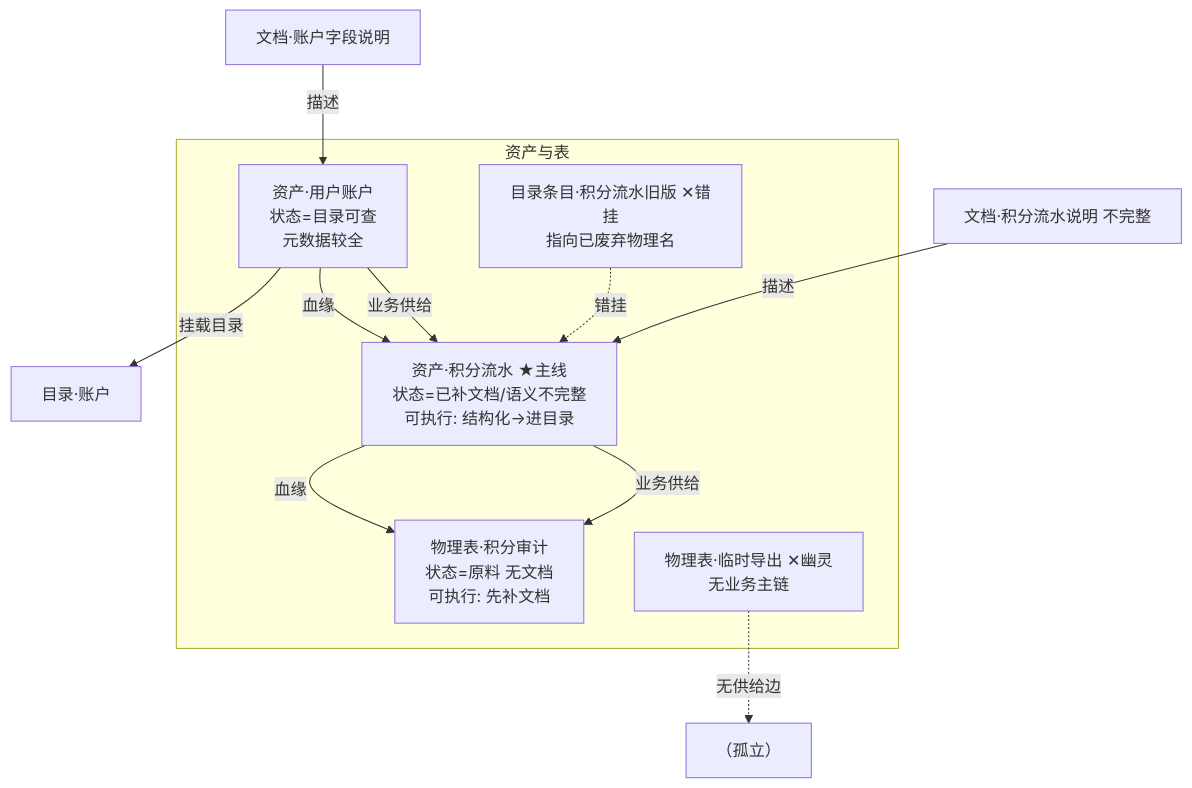
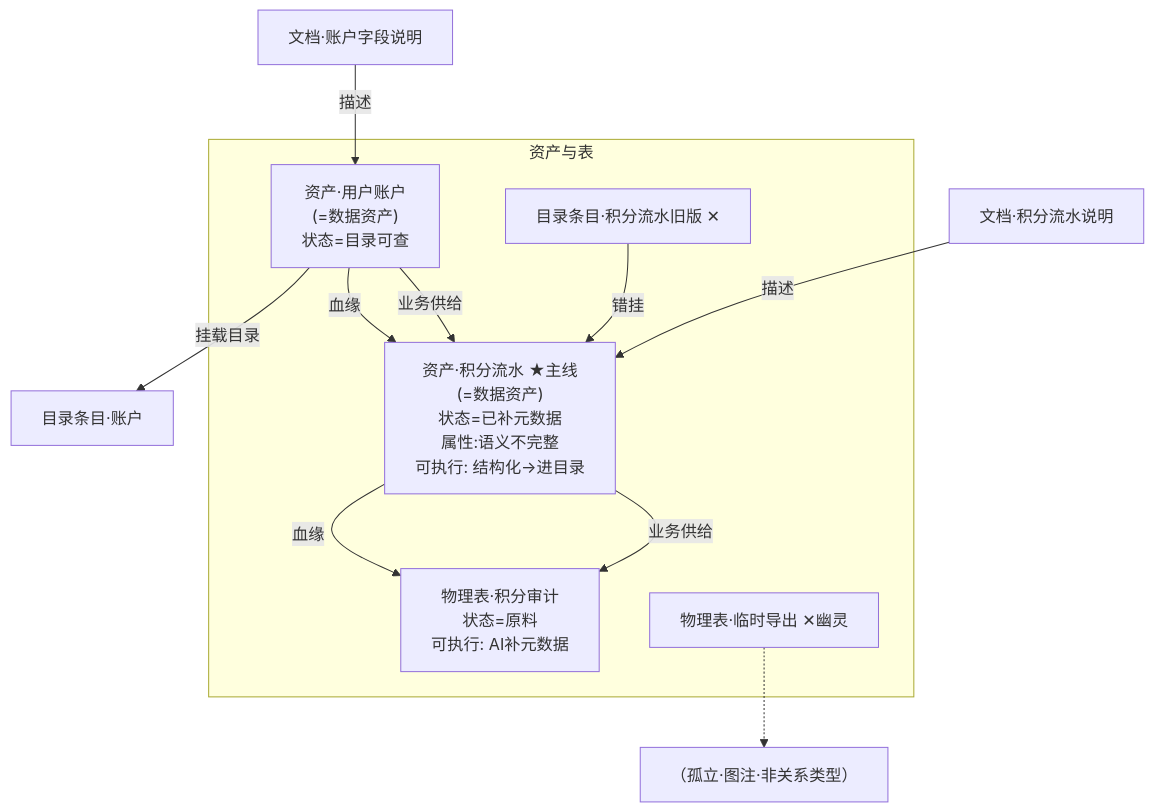
One commit to zhuxiangqun/aiPlatform changed diagram 14 of 46 in docs/contracts/ONTOLOGY_PPT_SCENARIOS.md. Above: the diagram before and after it, drawn with Mermaid. The commit also changed other lines of this file, not shown here.

````diff
--- a/docs/contracts/ONTOLOGY_PPT_SCENARIOS.md
+++ b/docs/contracts/ONTOLOGY_PPT_SCENARIOS.md
@@ -373,21 +650,21 @@
 ```mermaid
 flowchart TB
   subgraph zichan [资产与表]
-    a["资产·用户账户\n状态=目录可查\n元数据较全"]
-    s["资产·积分流水 ★主线\n状态=已补文档/语义不完整\n可执行: 结构化→进目录"]
-    u["物理表·积分审计\n状态=原料 无文档\n可执行: 先补文档"]
-    ghost["物理表·临时导出 ✕幽灵\n无业务主链"]
-    wrong["目录条目·积分流水旧版 ✕错挂\n指向已废弃物理名"]
+    a["资产·用户账户\n(=数据资产)\n状态=目录可查"]
+    s["资产·积分流水 ★主线\n(=数据资产)\n状态=已补元数据\n属性:语义不完整\n可执行: 结构化→进目录"]
+    u["物理表·积分审计\n状态=原料\n可执行: AI补元数据"]
+    ghost["物理表·临时导出 ✕幽灵"]
+    wrong["目录条目·积分流水旧版 ✕"]
   end
   docA["文档·账户字段说明"]
-  docS["文档·积分流水说明 不完整"]
+  docS["文档·积分流水说明"]
   a -->|业务供给| s
   s -->|业务供给| u
   a -->|血缘| s
   s -->|血缘| u
   docA -->|描述| a
   docS -->|描述| s
-  a -->|挂载目录| catA["目录·账户"]
-  wrong -.->|错挂| s
-  ghost -.->|无供给边| x["（孤立）"]
+  a -->|挂载目录| catA["目录条目·账户"]
+  wrong -->|错挂| s
+  ghost -.-> x["（孤立·图注·非关系类型）"]
 ```
````
